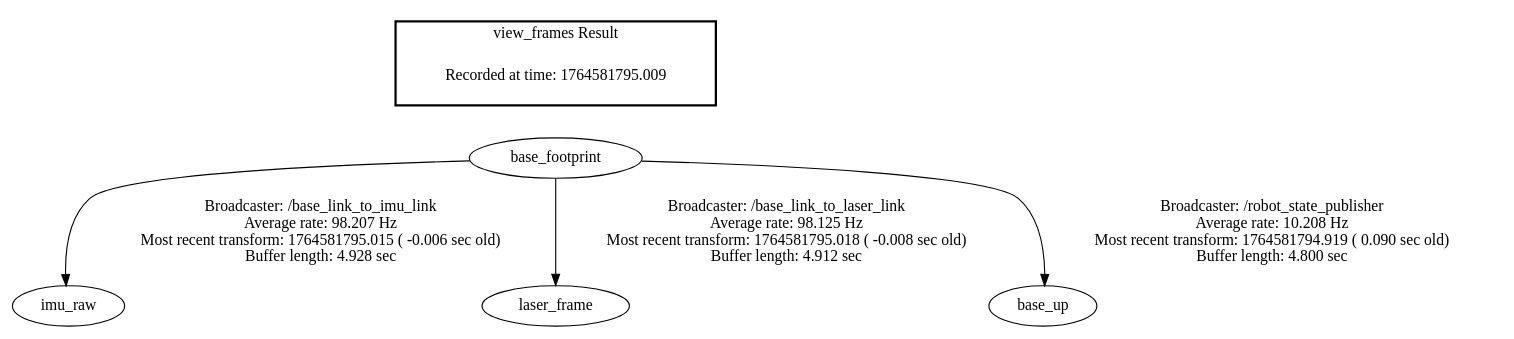
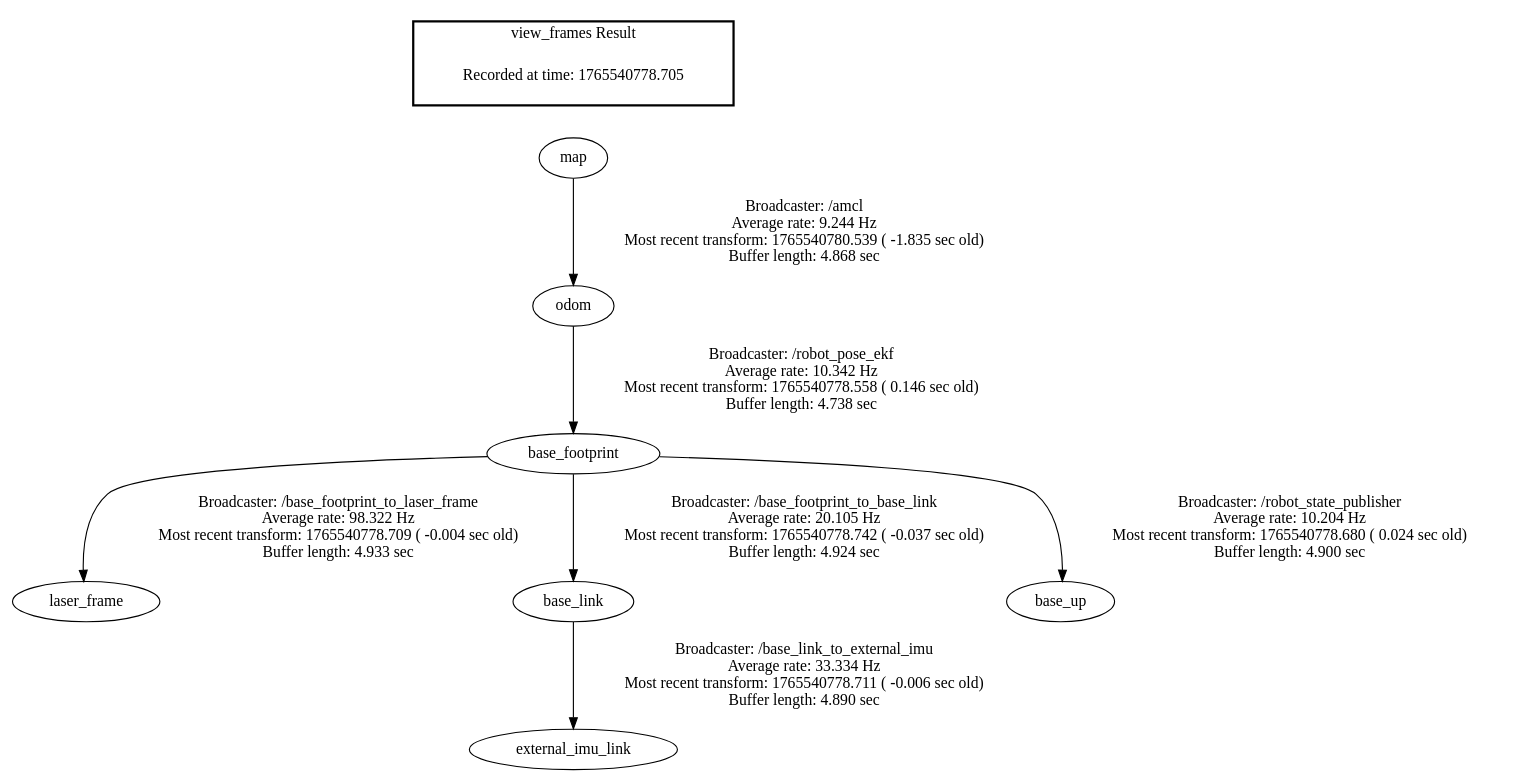
One commit to gunchung78/SynchroBots_AMR changed the diagram in AMR_ROS/AMR_pi-top/frames.gv. Above: the diagram before and after it, drawn with Graphviz. The commit also changed 15 other files, not shown here.

```diff
--- a/AMR_ROS/AMR_pi-top/frames.gv
+++ b/AMR_ROS/AMR_pi-top/frames.gv
@@ -1,9 +1,12 @@
 digraph G {
-"base_footprint" -> "imu_raw"[label="Broadcaster: /base_link_to_imu_link\nAverage rate: 98.207 Hz\nMost recent transform: 1764581795.015 ( -0.006 sec old)\nBuffer length: 4.928 sec\n"];
-"base_footprint" -> "laser_frame"[label="Broadcaster: /base_link_to_laser_link\nAverage rate: 98.125 Hz\nMost recent transform: 1764581795.018 ( -0.008 sec old)\nBuffer length: 4.912 sec\n"];
-"base_footprint" -> "base_up"[label="Broadcaster: /robot_state_publisher\nAverage rate: 10.208 Hz\nMost recent transform: 1764581794.919 ( 0.090 sec old)\nBuffer length: 4.800 sec\n"];
+"base_footprint" -> "laser_frame"[label="Broadcaster: /base_footprint_to_laser_frame\nAverage rate: 98.322 Hz\nMost recent transform: 1765540778.709 ( -0.004 sec old)\nBuffer length: 4.933 sec\n"];
+"odom" -> "base_footprint"[label="Broadcaster: /robot_pose_ekf\nAverage rate: 10.342 Hz\nMost recent transform: 1765540778.558 ( 0.146 sec old)\nBuffer length: 4.738 sec\n"];
+"base_footprint" -> "base_link"[label="Broadcaster: /base_footprint_to_base_link\nAverage rate: 20.105 Hz\nMost recent transform: 1765540778.742 ( -0.037 sec old)\nBuffer length: 4.924 sec\n"];
+"base_footprint" -> "base_up"[label="Broadcaster: /robot_state_publisher\nAverage rate: 10.204 Hz\nMost recent transform: 1765540778.680 ( 0.024 sec old)\nBuffer length: 4.900 sec\n"];
+"base_link" -> "external_imu_link"[label="Broadcaster: /base_link_to_external_imu\nAverage rate: 33.334 Hz\nMost recent transform: 1765540778.711 ( -0.006 sec old)\nBuffer length: 4.890 sec\n"];
+"map" -> "odom"[label="Broadcaster: /amcl\nAverage rate: 9.244 Hz\nMost recent transform: 1765540780.539 ( -1.835 sec old)\nBuffer length: 4.868 sec\n"];
 edge [style=invis];
  subgraph cluster_legend { style=bold; color=black; label ="view_frames Result";
-"Recorded at time: 1764581795.009"[ shape=plaintext ] ;
- }->"base_footprint";
+"Recorded at time: 1765540778.705"[ shape=plaintext ] ;
+ }->"map";
 }
```
